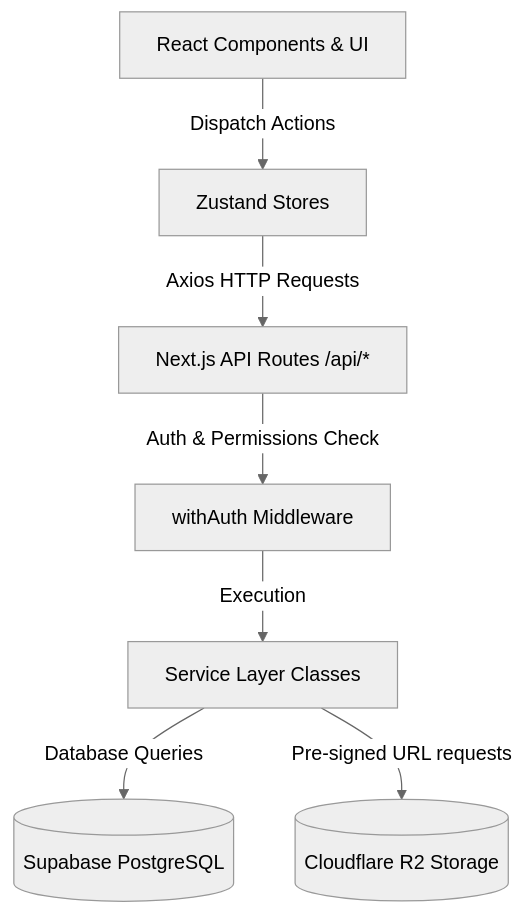
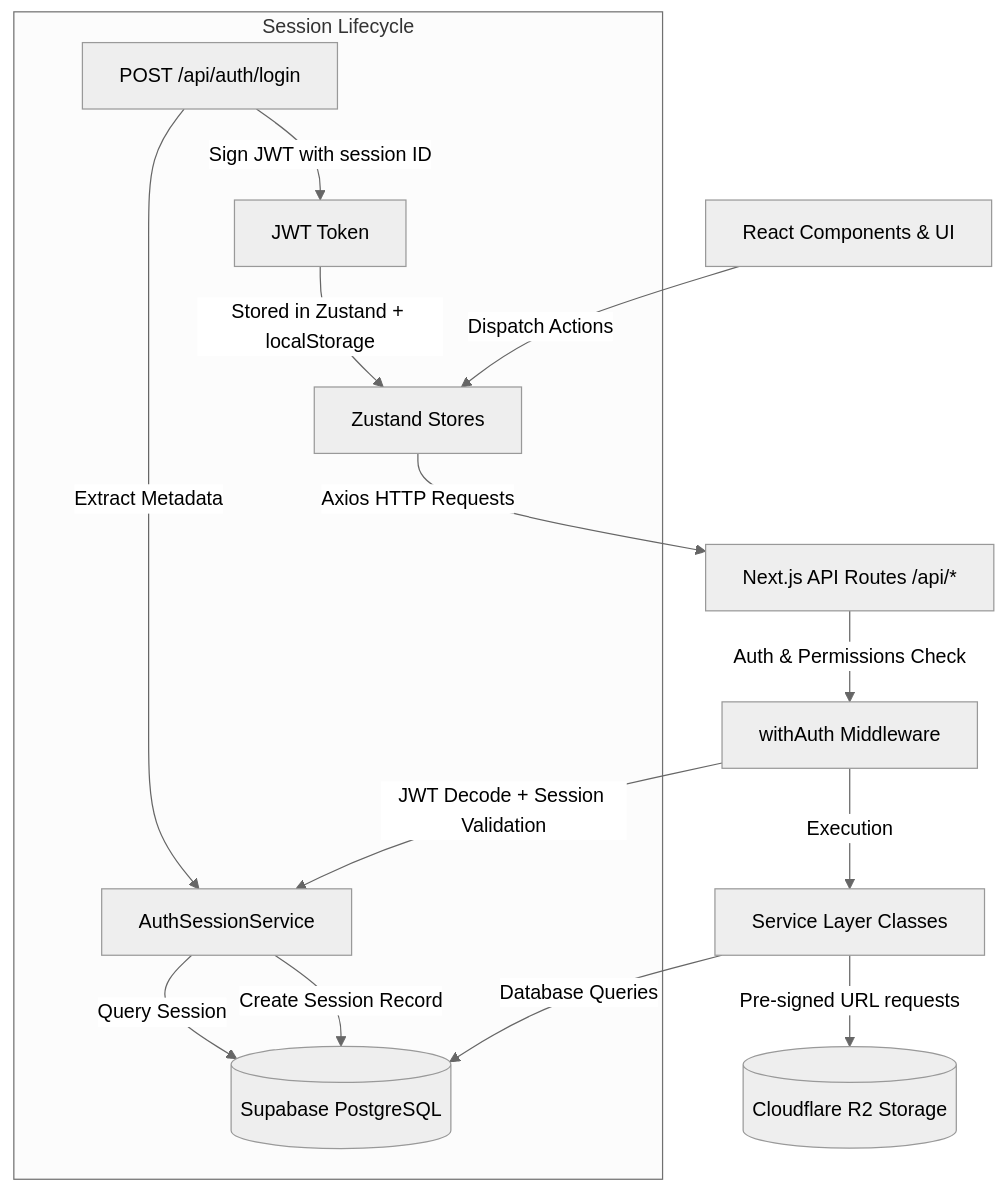
Before and after one commit to ahsanulhoqueabir/kolab: the first of 2 diagrams in README.md, drawn with Mermaid (neutral theme). The commit also changed other lines of this file, not shown here.

````diff
--- a/README.md
+++ b/README.md
@@ -128,9 +144,18 @@
 ```mermaid
 graph TD
     UI[React Components & UI] -->|Dispatch Actions| Store[Zustand Stores]
     Store -->|Axios HTTP Requests| API[Next.js API Routes /api/*]
     API -->|Auth & Permissions Check| Middleware[withAuth Middleware]
+    Middleware -->|JWT Decode + Session Validation| SessionService[AuthSessionService]
+    SessionService -->|Query Session| Supabase[(Supabase PostgreSQL)]
     Middleware -->|Execution| Services[Service Layer Classes]
-    Services -->|Database Queries| Supabase[(Supabase PostgreSQL)]
+    Services -->|Database Queries| Supabase
     Services -->|Pre-signed URL requests| R2[(Cloudflare R2 Storage)]
+
+    subgraph "Session Lifecycle"
+        Login[POST /api/auth/login] -->|Extract Metadata| SessionService
+        SessionService -->|Create Session Record| Supabase
+        Login -->|Sign JWT with session ID| JWT[JWT Token]
+        JWT -->|Stored in Zustand + localStorage| Store
+    end
 ```
````
